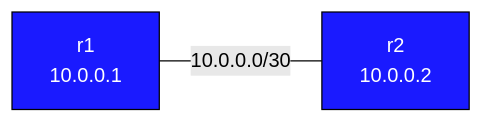
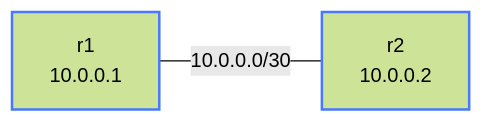
One commit to jschless/networkingLabs changed the diagram in labs/two-routers/README.md. Above: the diagram before and after it, drawn with Mermaid (forest theme). The commit also changed 250 other files, not shown here.

Commit message:
Fix unreadable topology diagrams, convert ASCII art, publish assessments (#57)

````diff
--- a/labs/two-routers/README.md
+++ b/labs/two-routers/README.md
@@ -10,10 +10,10 @@
 ```mermaid
 flowchart LR
-    r1["r1\n10.0.0.1"]
-    r2["r2\n10.0.0.2"]
+    r1["r1<br/>10.0.0.1"]
+    r2["r2<br/>10.0.0.2"]
 
     r1 -- "10.0.0.0/30" --- r2
 
-    classDef router fill:#1a1aff,color:#fff,stroke:#000
+    classDef router stroke:#4778ff,stroke-width:2px
     class r1,r2 router
 ```
````
